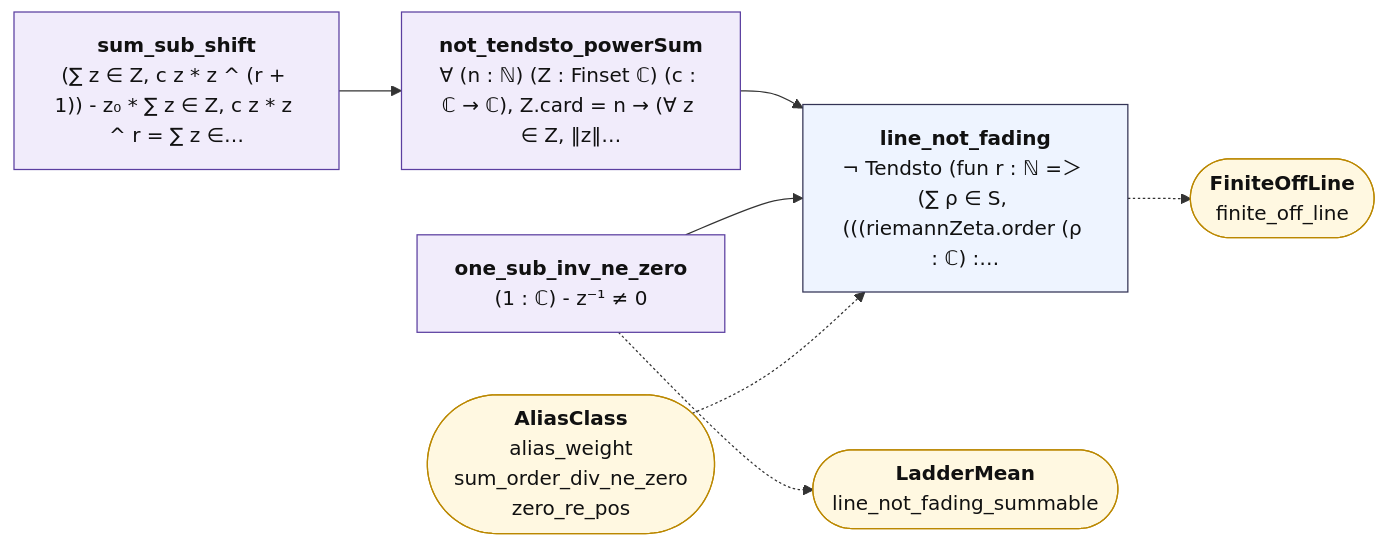
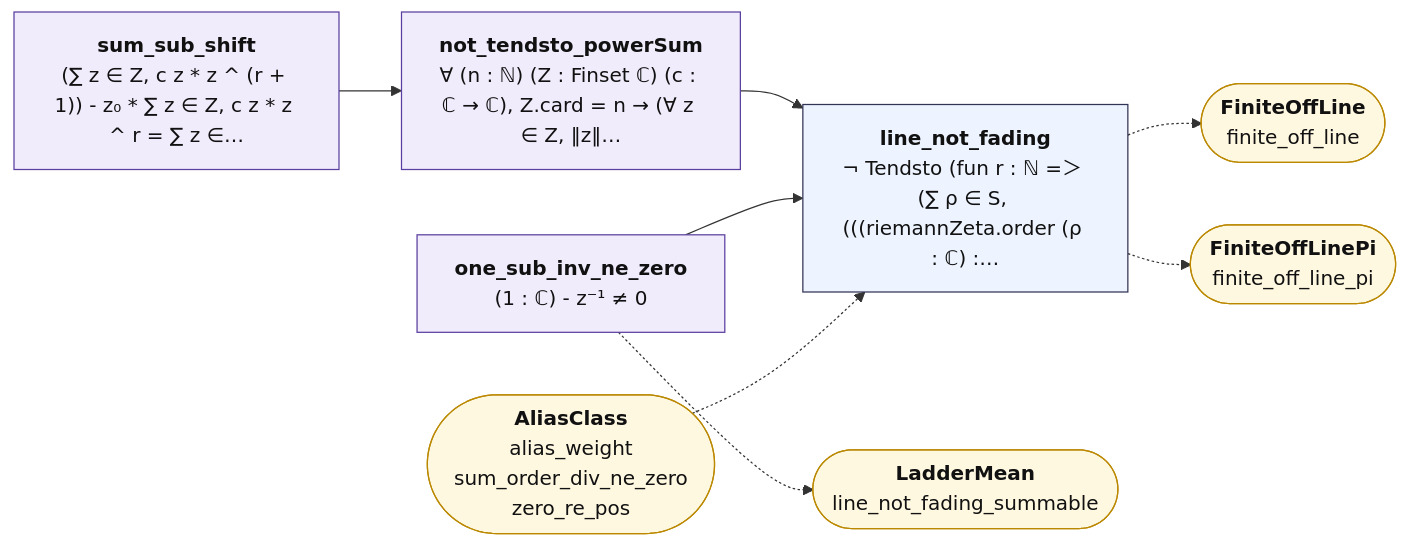
The diagram in map/lean_stage3/LadderFading.md (juliansambranojr/Primebeat_081426), drawn with Mermaid before and after one commit. The commit also changed other lines of this file and 44 other files, not shown here.

First line of the commit message:
J10e: finitely many zeros off the line, on the prime count at the doublings (unit 0445)

````diff
--- a/map/lean_stage3/LadderFading.md
+++ b/map/lean_stage3/LadderFading.md
@@ -12,24 +12,26 @@
 ```mermaid
 flowchart LR
   n0["<b>sum_sub_shift</b><br/>(∑ z ∈ Z, c z * z ^ (r + 1)) - z₀ * ∑ z ∈ Z, c z * z ^ r = ∑ z ∈…"]:::shp
   n1["<b>not_tendsto_powerSum</b><br/>∀ (n : ℕ) (Z : Finset ℂ) (c : ℂ → ℂ), Z.card = n → (∀ z ∈ Z, ‖z‖…"]:::shp
   n2["<b>one_sub_inv_ne_zero</b><br/>(1 : ℂ) - z⁻¹ ≠ 0"]:::shp
   n3["<b>line_not_fading</b><br/>¬ Tendsto (fun r : ℕ =＞ (∑ ρ ∈ S, (((riemannZeta.order (ρ : ℂ) :…"]:::thm
   x0(["<b>LadderMean</b><br/>line_not_fading_summable"]):::ext
   x1(["<b>AliasClass</b><br/>alias_weight<br/>sum_order_div_ne_zero<br/>zero_re_pos"]):::ext
   x2(["<b>FiniteOffLine</b><br/>finite_off_line"]):::ext
+  x3(["<b>FiniteOffLinePi</b><br/>finite_off_line_pi"]):::ext
   n0 --> n1
   n1 --> n3
   n2 --> n3
   n2 -.-> x0
   n3 -.-> x2
+  n3 -.-> x3
   x1 -.-> n3
   classDef cnt fill:#dff5ec,stroke:#17694a,color:#111
   classDef shp fill:#f1ecfb,stroke:#5b3fa0,color:#111
   classDef rh fill:#ffe5e5,stroke:#c22,color:#111,stroke-width:2px
   classDef thm fill:#eef4ff,stroke:#335,color:#111
   classDef end_ fill:#e7f7e7,stroke:#2a7,color:#111,stroke-width:2px
   classDef lone fill:#fff,stroke:#999,color:#111,stroke-dasharray:4 3
   classDef bad fill:#ffe5e5,stroke:#c22,color:#111,stroke-width:2px
   classDef ext fill:#fff8e1,stroke:#b80,color:#111
 ```
````
